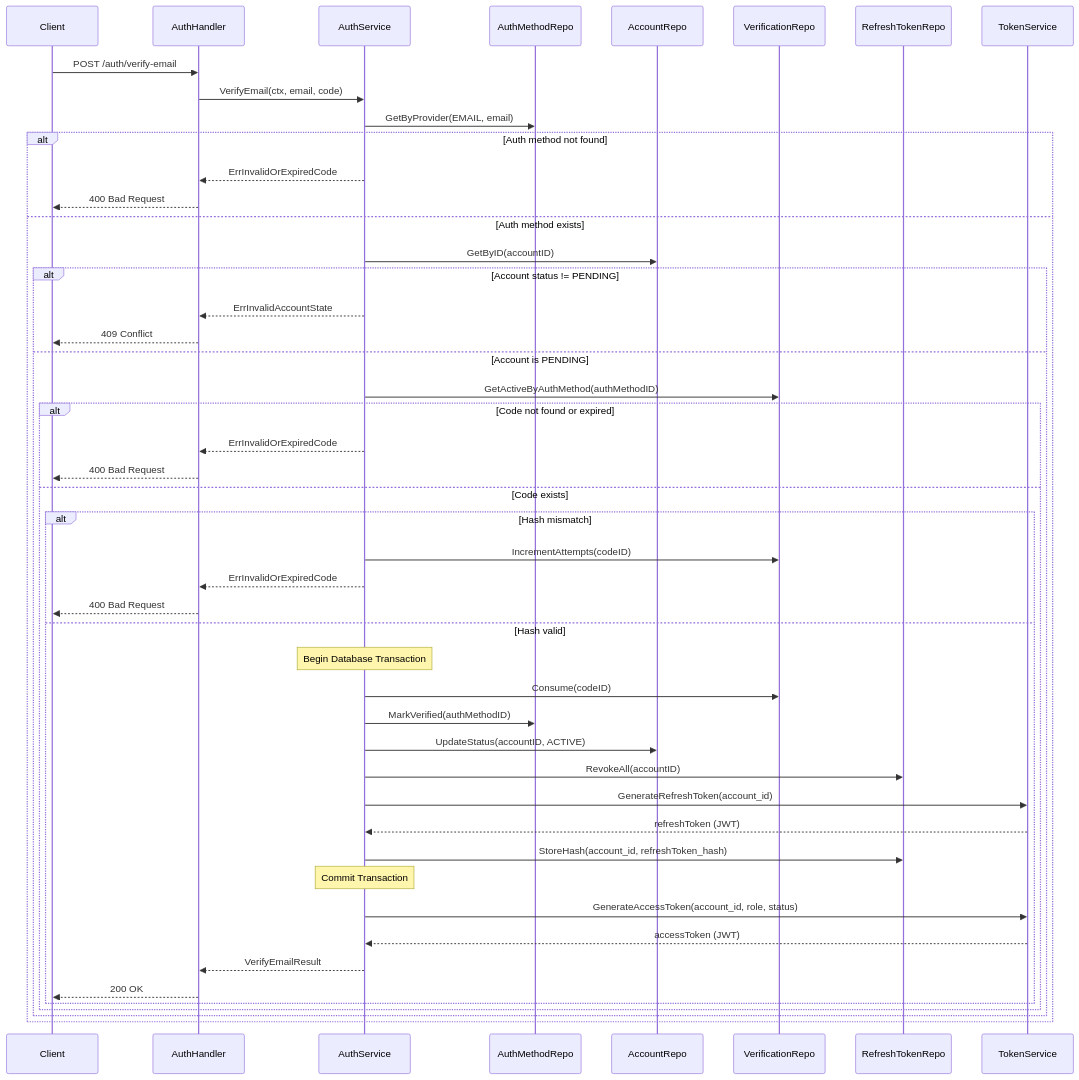
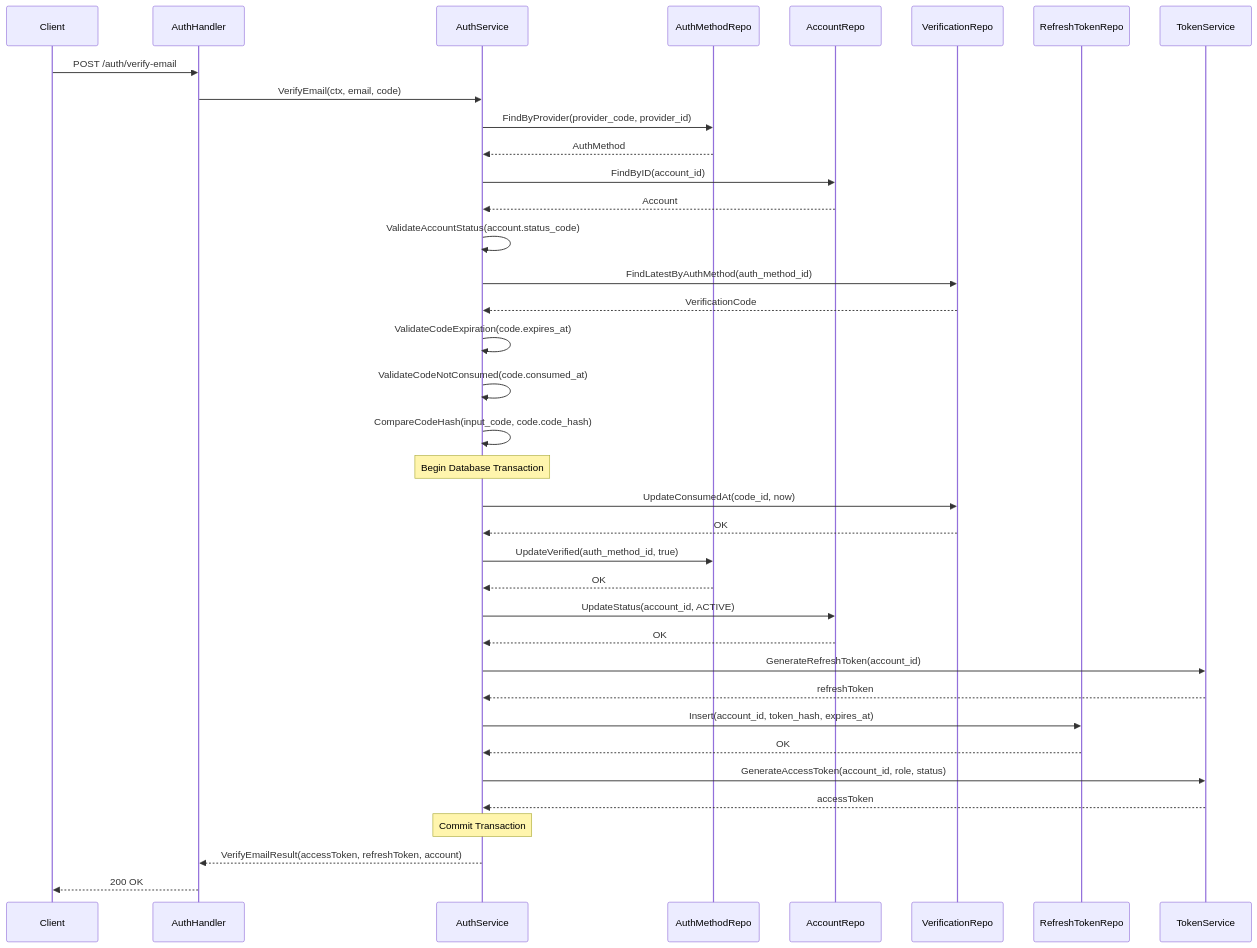
Before and after one commit to TheJisus28/ranco-auth-service: the diagram in docs/use-cases/verify-email-confirmation-code.md, drawn with Mermaid. The commit also changed other lines of this file, not shown here.

First line of the commit message:
docs: enhance email verification use case documentation

`````diff
--- a/docs/use-cases/verify-email-confirmation-code.md
+++ b/docs/use-cases/verify-email-confirmation-code.md
@@ -120,63 +64,57 @@
 ```mermaid
 sequenceDiagram
 
 participant Client
 participant AuthHandler
 participant AuthService
 participant AuthMethodRepo
 participant AccountRepo
 participant VerificationRepo
 participant RefreshTokenRepo
 participant TokenService
 
 Client->>AuthHandler: POST /auth/verify-email
 AuthHandler->>AuthService: VerifyEmail(ctx, email, code)
 
-AuthService->>AuthMethodRepo: GetByProvider(EMAIL, email)
-alt Auth method not found
-    AuthService-->>AuthHandler: ErrInvalidOrExpiredCode
-    AuthHandler-->>Client: 400 Bad Request
-else Auth method exists
+AuthService->>AuthMethodRepo: FindByProvider(provider_code, provider_id)
+AuthMethodRepo-->>AuthService: AuthMethod
 
-    AuthService->>AccountRepo: GetByID(accountID)
-    alt Account status != PENDING
-        AuthService-->>AuthHandler: ErrInvalidAccountState
-        AuthHandler-->>Client: 409 Conflict
-    else Account is PENDING
+AuthService->>AccountRepo: FindByID(account_id)
+AccountRepo-->>AuthService: Account
 
-        AuthService->>VerificationRepo: GetActiveByAuthMethod(authMethodID)
-        alt Code not found or expired
-            AuthService-->>AuthHandler: ErrInvalidOrExpiredCode
-            AuthHandler-->>Client: 400 Bad Request
-        else Code exists
+AuthService->>AuthService: ValidateAccountStatus(account.status_code)
 
-            alt Hash mismatch
-                AuthService->>VerificationRepo: IncrementAttempts(codeID)
-                AuthService-->>AuthHandler: ErrInvalidOrExpiredCode
-                AuthHandler-->>Client: 400 Bad Request
-            else Hash valid
+AuthService->>VerificationRepo: FindLatestByAuthMethod(auth_method_id)
+VerificationRepo-->>AuthService: VerificationCode
 
-                Note over AuthService: Begin Database Transaction
 
-                AuthService->>VerificationRepo: Consume(codeID)
-                AuthService->>AuthMethodRepo: MarkVerified(authMethodID)
-                AuthService->>AccountRepo: UpdateStatus(accountID, ACTIVE)
-                AuthService->>RefreshTokenRepo: RevokeAll(accountID)
+AuthService->>AuthService: ValidateCodeExpiration(code.expires_at)
+AuthService->>AuthService: ValidateCodeNotConsumed(code.consumed_at)
+AuthService->>AuthService: CompareCodeHash(input_code, code.code_hash)
 
-                AuthService->>TokenService: GenerateRefreshToken(account_id)
-                TokenService-->>AuthService: refreshToken (JWT)
+Note over AuthService: Begin Database Transaction
 
-                AuthService->>RefreshTokenRepo: StoreHash(account_id, refreshToken_hash)
+AuthService->>VerificationRepo: UpdateConsumedAt(code_id, now)
+VerificationRepo-->>AuthService: OK
 
-                Note over AuthService: Commit Transaction
+AuthService->>AuthMethodRepo: UpdateVerified(auth_method_id, true)
+AuthMethodRepo-->>AuthService: OK
 
-                AuthService->>TokenService: GenerateAccessToken(account_id, role, status)
-                TokenService-->>AuthService: accessToken (JWT)
+AuthService->>AccountRepo: UpdateStatus(account_id, ACTIVE)
+AccountRepo-->>AuthService: OK
 
-                AuthService-->>AuthHandler: VerifyEmailResult
-                AuthHandler-->>Client: 200 OK
-            end
-        end
-    end
-end
-```
+AuthService->>TokenService: GenerateRefreshToken(account_id)
+TokenService-->>AuthService: refreshToken
+
+AuthService->>RefreshTokenRepo: Insert(account_id, token_hash, expires_at)
+RefreshTokenRepo-->>AuthService: OK
+
+AuthService->>TokenService: GenerateAccessToken(account_id, role, status)
+TokenService-->>AuthService: accessToken
+
+Note over AuthService: Commit Transaction
+
+AuthService-->>AuthHandler: VerifyEmailResult(accessToken, refreshToken, account)
+AuthHandler-->>Client: 200 OK
+
+````
`````
